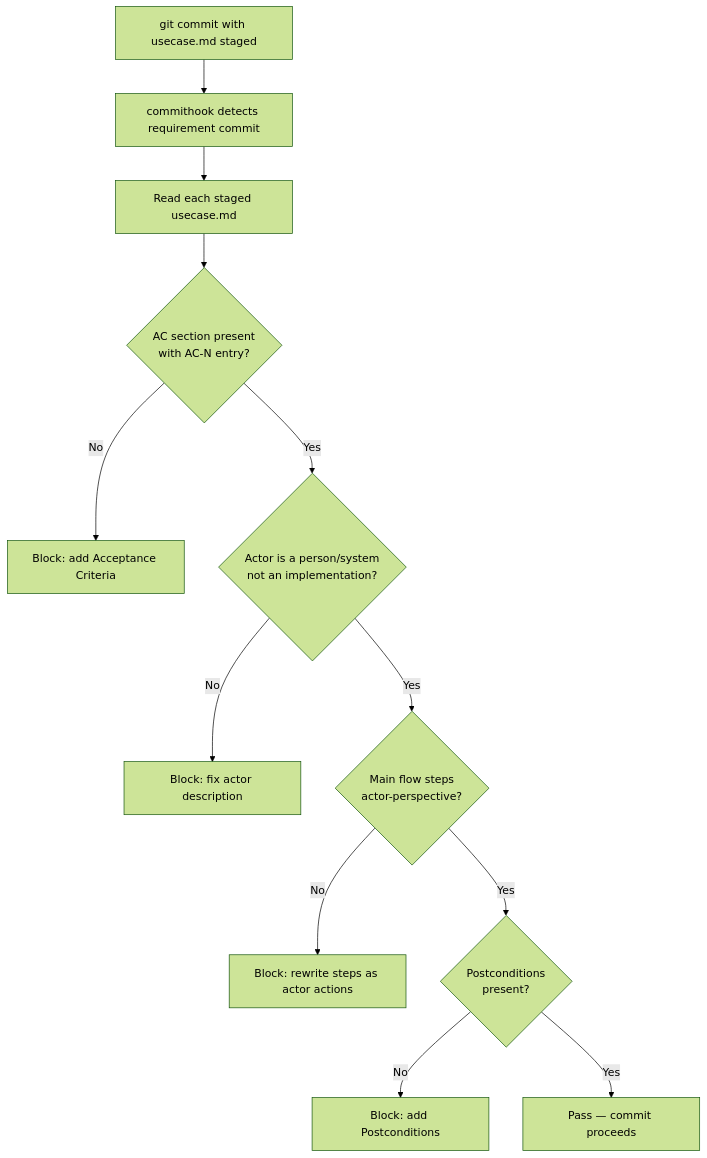
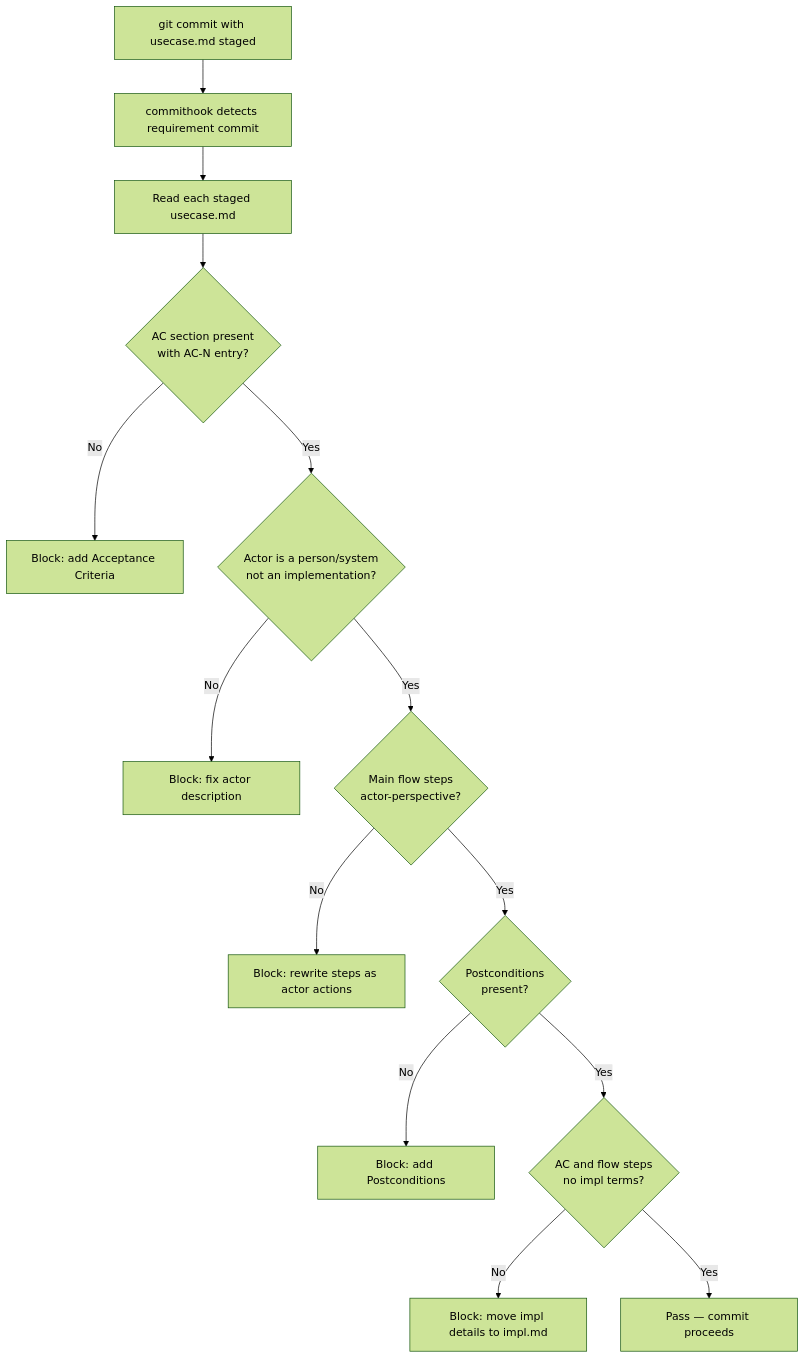
Before and after one commit to imix/taproot: the diagram in taproot/specs/quality-gates/validate-usecase-quality/usecase.md, drawn with Mermaid (forest theme). The commit also changed other lines of this file and 3 other files, not shown here.

````diff
--- a/taproot/specs/quality-gates/validate-usecase-quality/usecase.md
+++ b/taproot/specs/quality-gates/validate-usecase-quality/usecase.md
@@ -53,14 +62,16 @@
 ```mermaid
 flowchart TD
     A[git commit with usecase.md staged] --> B[commithook detects requirement commit]
     B --> C[Read each staged usecase.md]
     C --> D{AC section present\nwith AC-N entry?}
     D -- No --> E[Block: add Acceptance Criteria]
     D -- Yes --> F{Actor is a person/system\nnot an implementation?}
     F -- No --> G[Block: fix actor description]
     F -- Yes --> H{Main flow steps\nactor-perspective?}
     H -- No --> I[Block: rewrite steps as actor actions]
     H -- Yes --> J{Postconditions\npresent?}
     J -- No --> K[Block: add Postconditions]
-    J -- Yes --> L[Pass — commit proceeds]
+    J -- Yes --> M{AC and flow steps\nno impl terms?}
+    M -- No --> N[Block: move impl details to impl.md]
+    M -- Yes --> L[Pass — commit proceeds]
 ```
````
